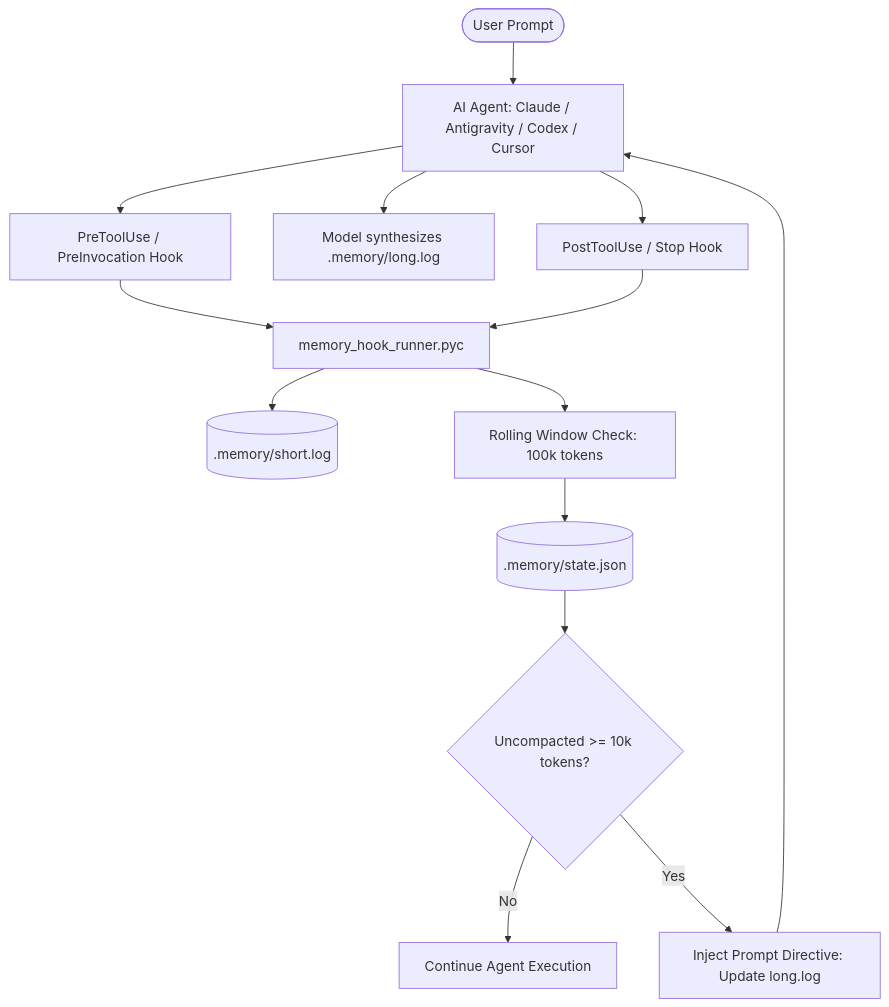
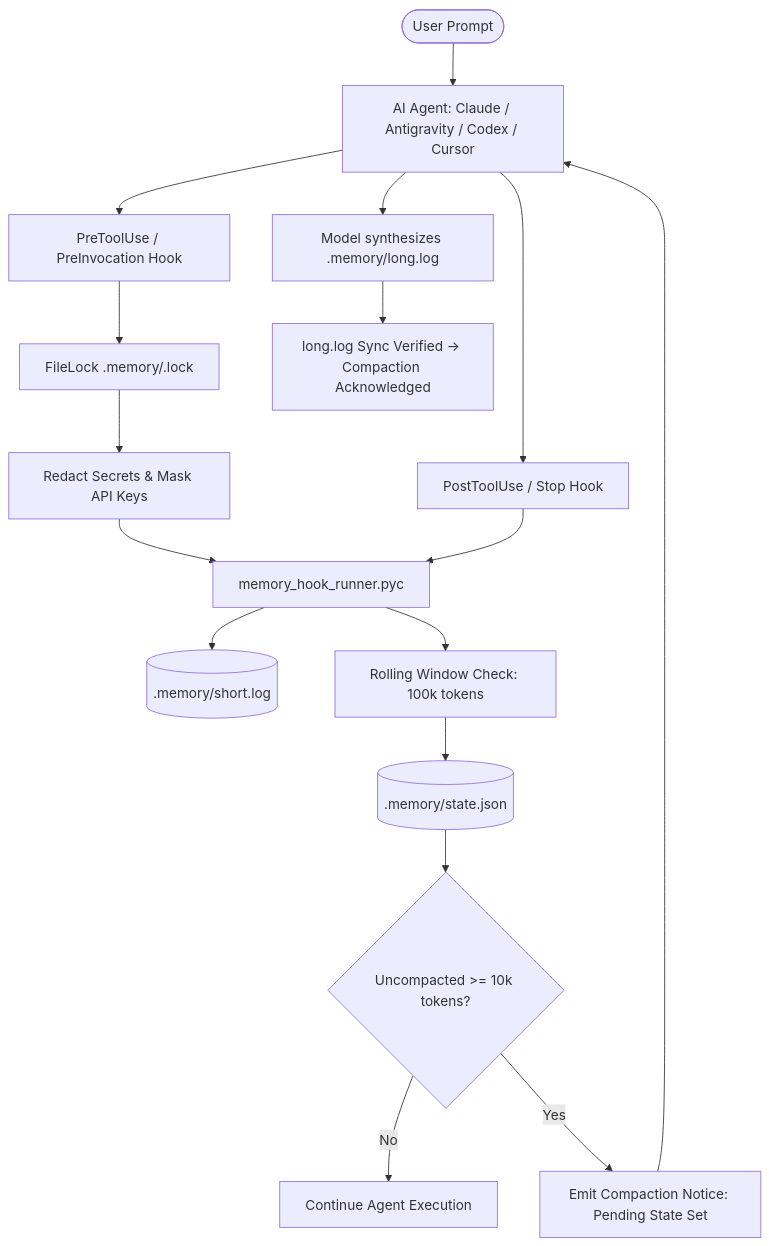
Before and after one commit to subhasishsaha/memory-hook-for-agents: the diagram in README.md, drawn with Mermaid. The commit also changed other lines of this file and 16 other files, not shown here.

````diff
--- a/README.md
+++ b/README.md
@@ -114,16 +127,19 @@
 ```mermaid
 flowchart TD
     User([User Prompt]) --> Agent[AI Agent: Claude / Antigravity / Codex / Cursor]
     Agent --> PreTool[PreToolUse / PreInvocation Hook]
-    PreTool --> Runner[memory_hook_runner.pyc]
+    PreTool --> Lock[FileLock .memory/.lock]
+    Lock --> Redact[Redact Secrets & Mask API Keys]
+    Redact --> Runner[memory_hook_runner.pyc]
     Runner --> ShortLog[(.memory/short.log)]
     Runner --> Prune[Rolling Window Check: 100k tokens]
     Prune --> State[(.memory/state.json)]
     State --> Check{Uncompacted >= 10k tokens?}
     Check -- No --> Continue[Continue Agent Execution]
-    Check -- Yes --> Inject[Inject Prompt Directive: Update long.log]
+    Check -- Yes --> Inject[Emit Compaction Notice: Pending State Set]
     Inject --> Agent
     Agent --> WriteLong[Model synthesizes .memory/long.log]
+    WriteLong --> SyncCheck[long.log Sync Verified -> Compaction Acknowledged]
     Agent --> PostTool[PostToolUse / Stop Hook]
     PostTool --> Runner
 ```
````
